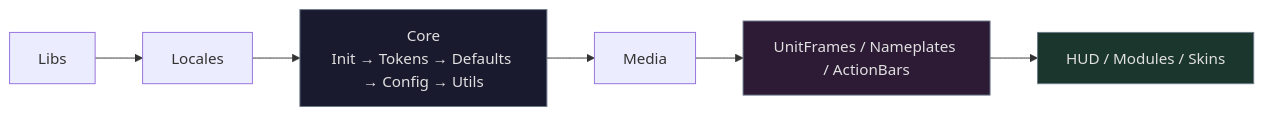
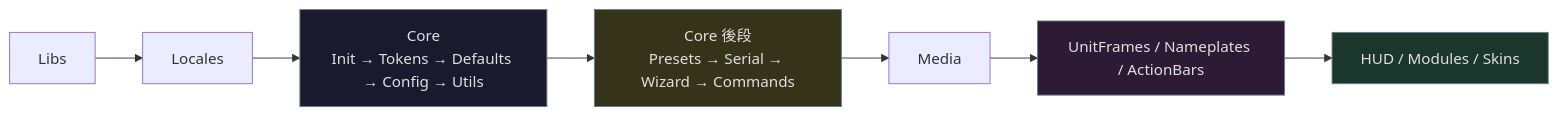
The first of 2 diagrams in CONTRIBUTING.md (Neal75418/lunar-ui), drawn with Mermaid before and after one commit. The commit also changed other lines of this file and 9 other files, not shown here.

````diff
--- a/CONTRIBUTING.md
+++ b/CONTRIBUTING.md
@@ -64,11 +74,13 @@
 ```mermaid
 graph LR
     Libs --> Locales --> Core["Core<br/>Init → Tokens → Defaults → Config → Utils"]
-    Core --> Media
+    Core --> CoreLate["Core 後段<br/>Presets → Serial → Wizard → Commands"]
+    CoreLate --> Media
     Media --> Combat["UnitFrames / Nameplates / ActionBars"]
     Combat --> HUD["HUD / Modules / Skins"]
 
     style Core fill:#1a1a2e,stroke:#6c7a89,color:#e0e0e0
+    style CoreLate fill:#36331b,stroke:#6c7a89,color:#e0e0e0
     style Combat fill:#2d1b36,stroke:#6c7a89,color:#e0e0e0
     style HUD fill:#1b362d,stroke:#6c7a89,color:#e0e0e0
 ```
````
